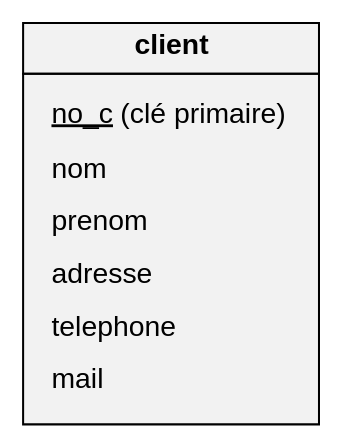
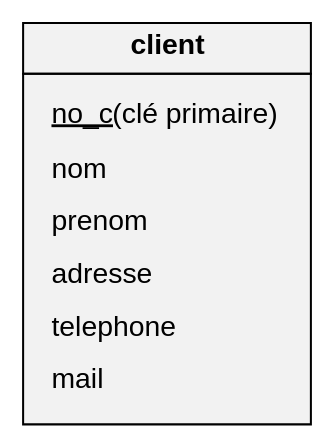
One commit to t-doc-org/informatique changed the diagram in docs/bases-de-donnees/sql2.md. Above: the diagram before and after it, drawn with Graphviz. The commit also changed other lines of this file, not shown here.

````diff
--- a/docs/bases-de-donnees/sql2.md
+++ b/docs/bases-de-donnees/sql2.md
@@ -16,35 +16,35 @@
 ```{graphviz}
 :align: center
 digraph UML_Class_diagram {
   graph [
     labelloc="t"
     fontname="Helvetica,Arial,sans-serif"
     fontsize="20pt"
     layout="circo"
   ]
   node [
     fontname="Helvetica,Arial,sans-serif"
     shape=record
     style=filled
     fillcolor=gray95
   ]
 
   Class1 [
     shape=plain
     label=<<table border="0" cellborder="1" cellspacing="0" cellpadding="4">
-      <tr> <td> <b>client</b> </td> </tr>
-      <tr> <td>
-        <table border="0" cellborder="0" cellspacing="7" >
-          <tr> <td align="left"><u>no_c </u> (clé primaire)</td> </tr>
-          <tr> <td align="left" >nom</td> </tr>
-          <tr> <td align="left" >prenom</td> </tr>
-          <tr> <td align="left" >adresse</td> </tr>
-          <tr> <td align="left" >telephone</td> </tr>
-          <tr> <td align="left" >mail</td> </tr>
+      <tr><td><b>client</b></td></tr>
+      <tr><td>
+        <table border="0" cellborder="0" cellspacing="7">
+          <tr><td align="left"><u>no_c</u> (clé primaire)</td></tr>
+          <tr><td align="left" >nom</td></tr>
+          <tr><td align="left" >prenom</td></tr>
+          <tr><td align="left" >adresse</td></tr>
+          <tr><td align="left" >telephone</td></tr>
+          <tr><td align="left" >mail</td></tr>
         </table>
-      </td> </tr>
+      </td></tr>
     </table>>
   ]
 
 }
 ```
````
